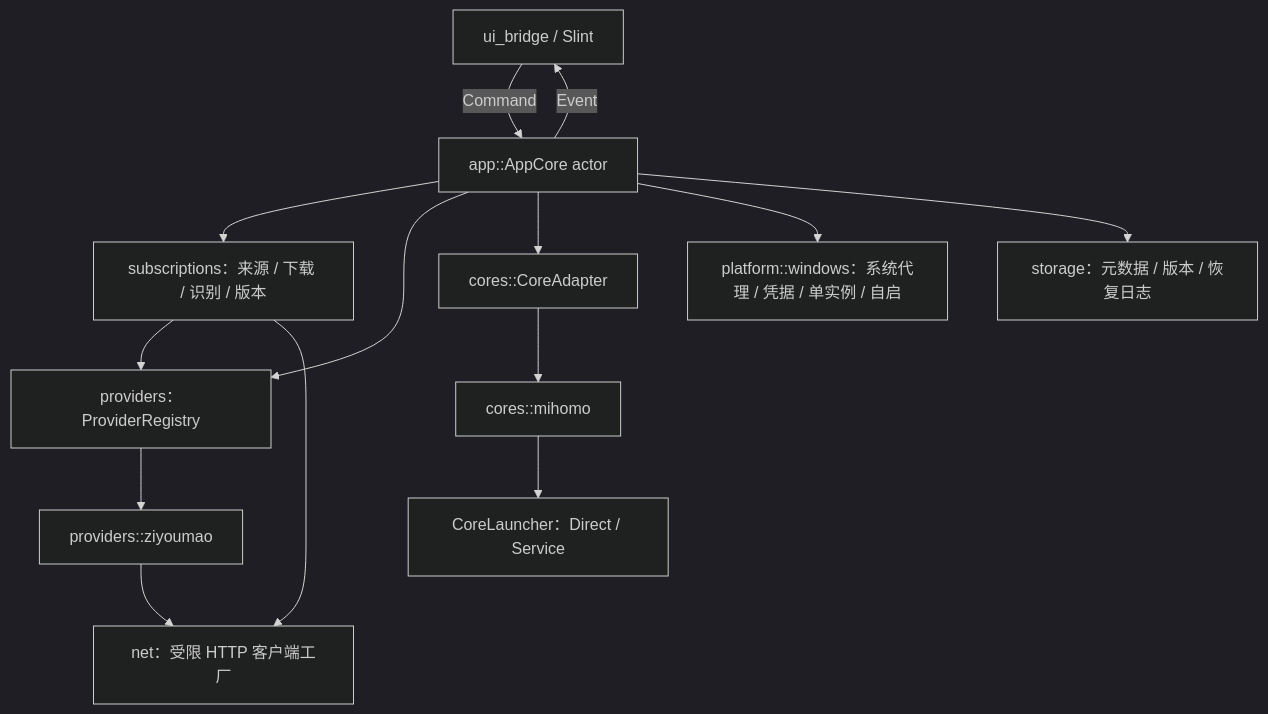
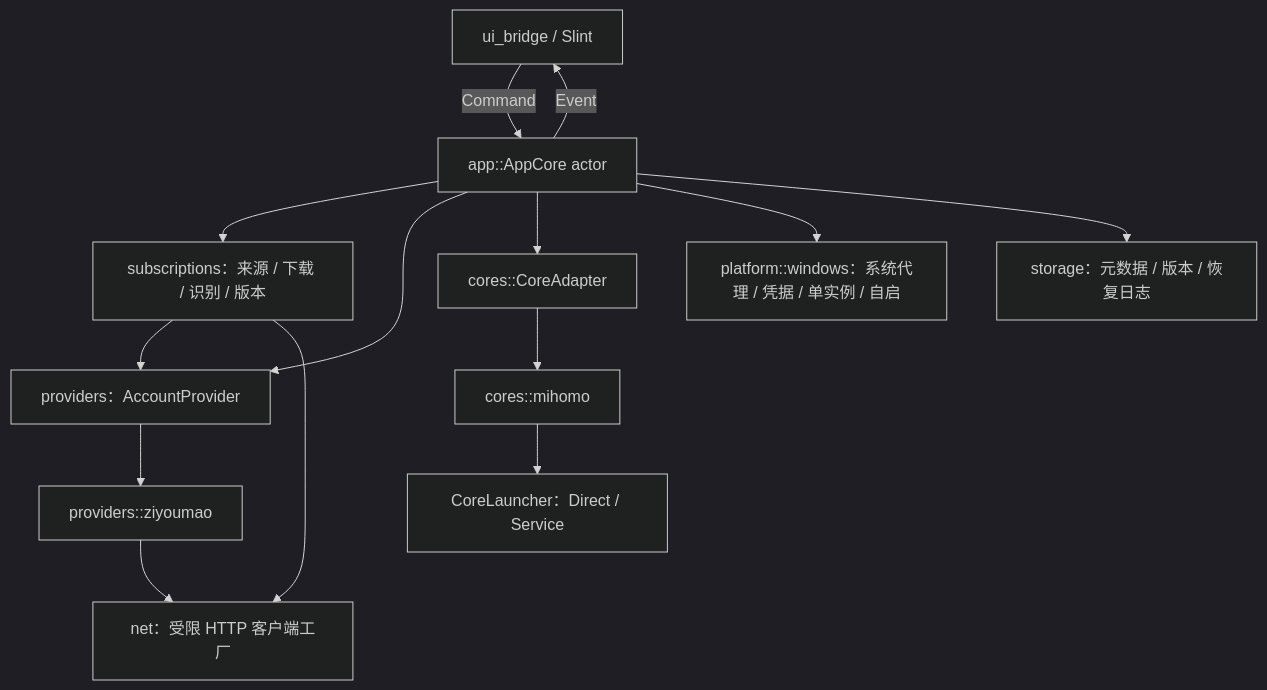
The first of 4 diagrams in docs/DESIGN.md (x-Zer0/Mirage), drawn with Mermaid (dark theme) before and after one commit. The commit also changed other lines of this file and 39 other files, not shown here.

````diff
--- a/docs/DESIGN.md
+++ b/docs/DESIGN.md
@@ -90,16 +90,16 @@
 ```mermaid
 flowchart TB
     UI["ui_bridge / Slint"] -->|"Command"| CORE["app::AppCore actor"]
     CORE -->|"Event"| UI
     CORE --> PROF["subscriptions：来源 / 下载 / 识别 / 版本"]
-    CORE --> PROV["providers：ProviderRegistry"]
+    CORE --> PROV["providers：AccountProvider"]
     PROV --> ZYM["providers::ziyoumao"]
     PROF --> PROV
     CORE --> ENG["cores::CoreAdapter"]
     ENG --> MI["cores::mihomo"]
     MI --> LAUNCH["CoreLauncher：Direct / Service"]
     CORE --> SYS["platform::windows：系统代理 / 凭据 / 单实例 / 自启"]
     CORE --> STORE["storage：元数据 / 版本 / 恢复日志"]
     PROF --> NET["net：受限 HTTP 客户端工厂"]
     ZYM --> NET
 ```
````
